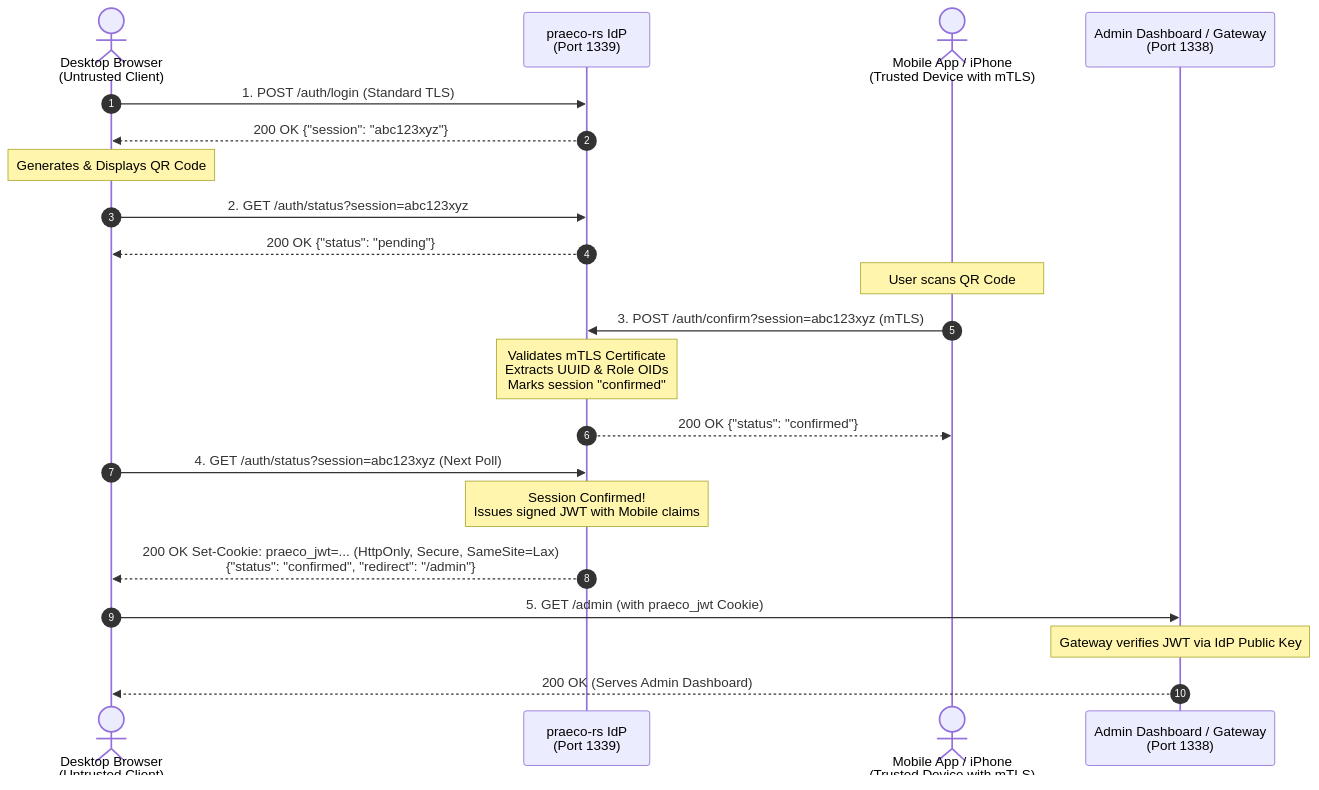
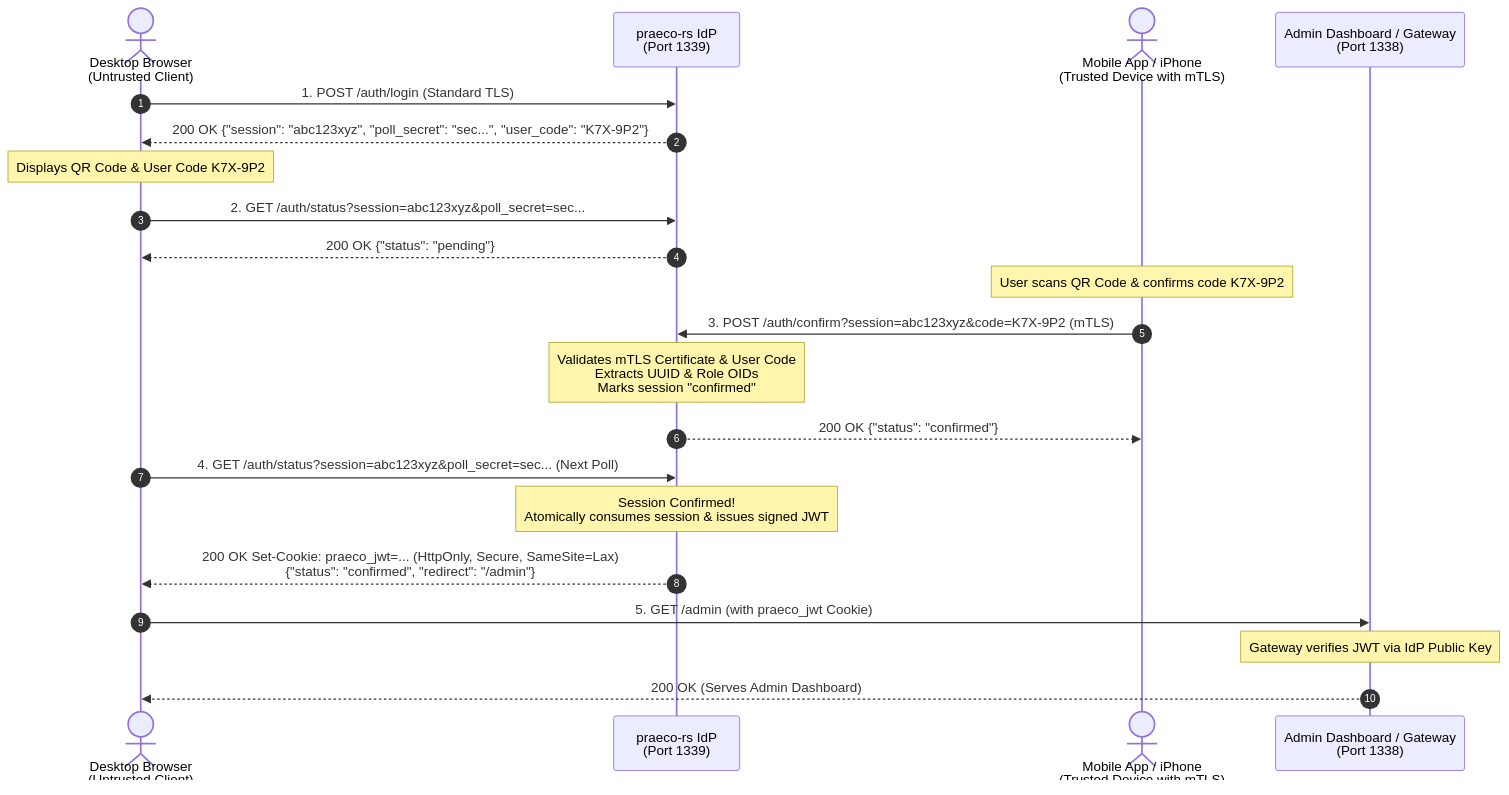
Before and after one commit to AlfredWeirich/praeco-rs: the second of 3 diagrams in idp.md, drawn with Mermaid. The commit also changed other lines of this file and 8 other files, not shown here.

Commit message:
fix(security): IdP DeviceAuth poll-secret binding, Quishing protection, rate-limiting (S-06)

````diff
--- a/idp.md
+++ b/idp.md
@@ -73,33 +76,33 @@
 ```mermaid
 sequenceDiagram
     autonumber
     actor Browser as Desktop Browser<br/>(Untrusted Client)
     participant IdP as praeco-rs IdP<br/>(Port 1339)
     actor Mobile as Mobile App / iPhone<br/>(Trusted Device with mTLS)
     participant Admin as Admin Dashboard / Gateway<br/>(Port 1338)
 
     %% Step 1: Session Initiation
     Browser->>IdP: 1. POST /auth/login (Standard TLS)
-    IdP-->>Browser: 200 OK {"session": "abc123xyz"}
-    Note over Browser: Generates & Displays QR Code
+    IdP-->>Browser: 200 OK {"session": "abc123xyz", "poll_secret": "sec...", "user_code": "K7X-9P2"}
+    Note over Browser: Displays QR Code & User Code K7X-9P2
 
     %% Step 2: Polling begins
-    Browser->>IdP: 2. GET /auth/status?session=abc123xyz
+    Browser->>IdP: 2. GET /auth/status?session=abc123xyz&poll_secret=sec...
     IdP-->>Browser: 200 OK {"status": "pending"}
 
     %% Step 3: Mobile scan & confirmation
-    Note over Mobile: User scans QR Code
-    Mobile->>IdP: 3. POST /auth/confirm?session=abc123xyz (mTLS)
-    Note over IdP: Validates mTLS Certificate<br/>Extracts UUID & Role OIDs<br/>Marks session "confirmed"
+    Note over Mobile: User scans QR Code & confirms code K7X-9P2
+    Mobile->>IdP: 3. POST /auth/confirm?session=abc123xyz&code=K7X-9P2 (mTLS)
+    Note over IdP: Validates mTLS Certificate & User Code<br/>Extracts UUID & Role OIDs<br/>Marks session "confirmed"
     IdP-->>Mobile: 200 OK {"status": "confirmed"}
 
     %% Step 4: Token Issuance
-    Browser->>IdP: 4. GET /auth/status?session=abc123xyz (Next Poll)
-    Note over IdP: Session Confirmed!<br/>Issues signed JWT with Mobile claims
+    Browser->>IdP: 4. GET /auth/status?session=abc123xyz&poll_secret=sec... (Next Poll)
+    Note over IdP: Session Confirmed!<br/>Atomically consumes session & issues signed JWT
     IdP-->>Browser: 200 OK Set-Cookie: praeco_jwt=... (HttpOnly, Secure, SameSite=Lax)<br/>{"status": "confirmed", "redirect": "/admin"}
 
     %% Step 5: Authenticated Dashboard Access
     Browser->>Admin: 5. GET /admin (with praeco_jwt Cookie)
     Note over Admin: Gateway verifies JWT via IdP Public Key
     Admin-->>Browser: 200 OK (Serves Admin Dashboard)
 ```
````
